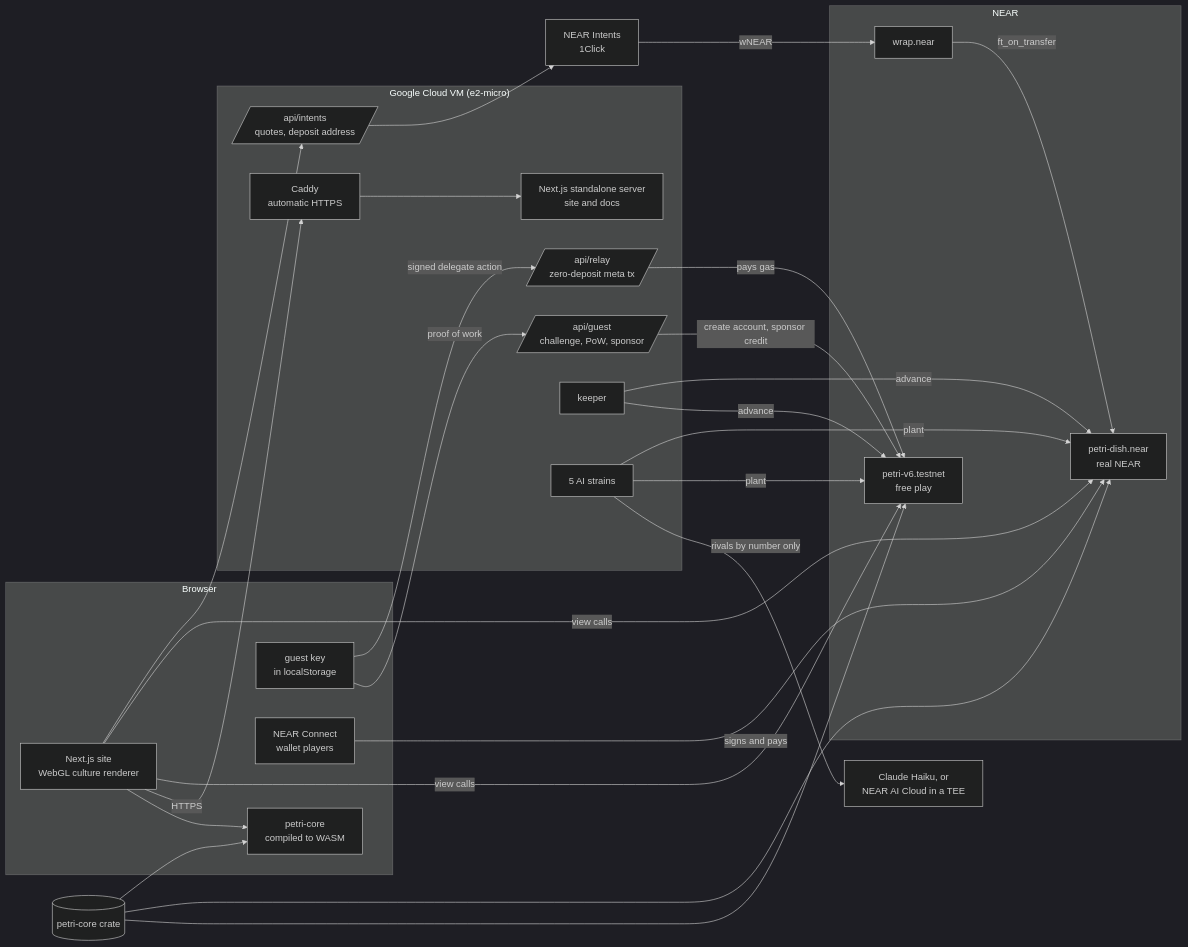
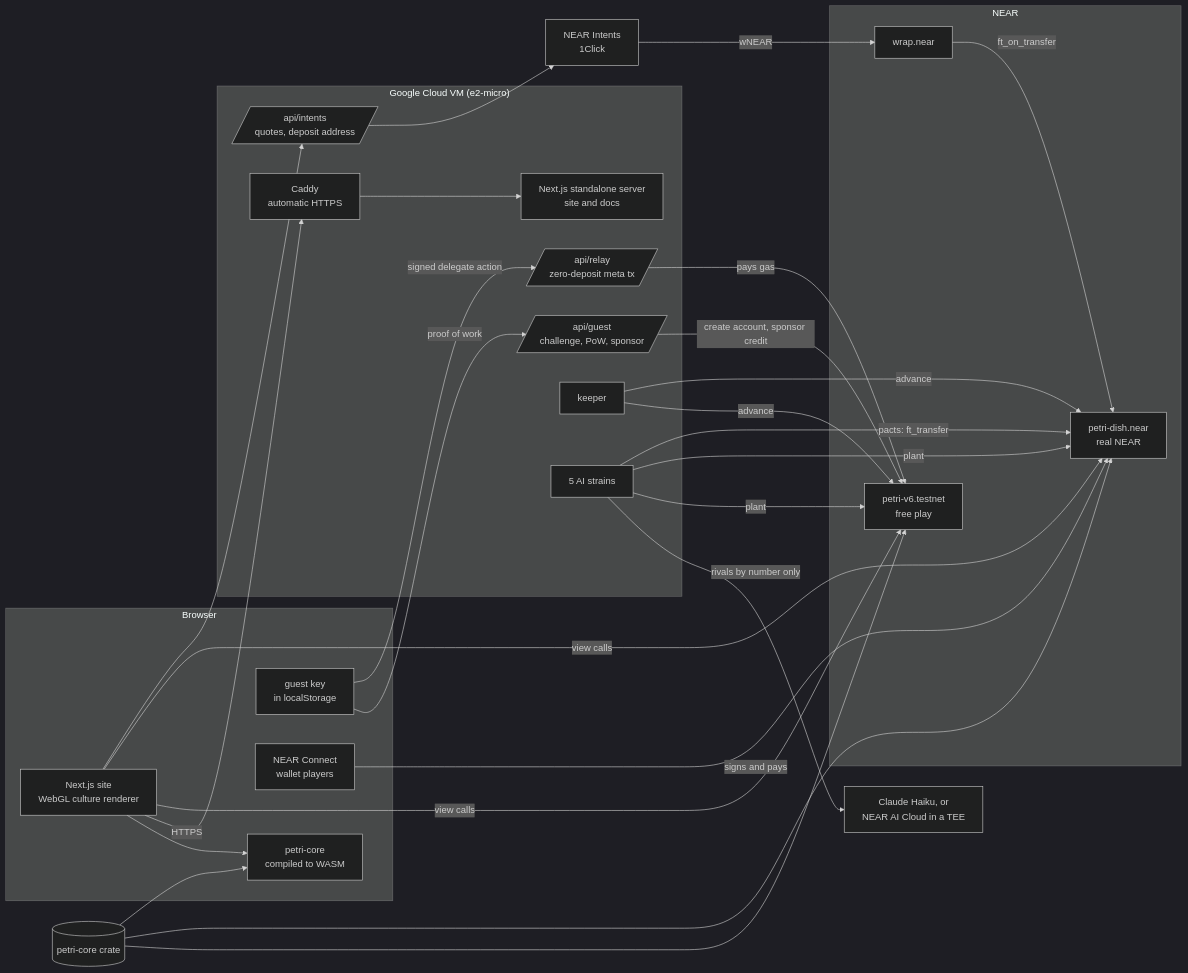
The diagram in README.md (RohanGlitched/petri), drawn with Mermaid (dark theme) before and after one commit. The commit also changed other lines of this file and 38 other files, not shown here.

````diff
--- a/README.md
+++ b/README.md
@@ -195,42 +220,43 @@
 ```mermaid
 flowchart LR
   subgraph Browser
     UI[Next.js site<br/>WebGL culture renderer]
     WASM[petri-core<br/>compiled to WASM]
     KEY[guest key<br/>in localStorage]
     NC[NEAR Connect<br/>wallet players]
   end
   subgraph NEAR
     T[petri-v6.testnet<br/>free play]
     M[petri-dish.near<br/>real NEAR]
     W[wrap.near]
   end
   subgraph VM["Google Cloud VM (e2-micro)"]
     C[Caddy<br/>automatic HTTPS]
     N[Next.js standalone server<br/>site and docs]
     G[/api/guest<br/>challenge, PoW, sponsor/]
     R[/api/relay<br/>zero-deposit meta tx/]
     I[/api/intents<br/>quotes, deposit address/]
     K[keeper]
     S[5 AI strains]
   end
   X[NEAR Intents<br/>1Click]
   AI[Claude Haiku, or<br/>NEAR AI Cloud in a TEE]
   CORE[(petri-core crate)]
   CORE --> T
   CORE --> M
   CORE --> WASM
   UI --> WASM
   UI -- HTTPS --> C --> N
   UI -- view calls --> T
   UI -- view calls --> M
   KEY -- proof of work --> G -- create account, sponsor credit --> T
   KEY -- signed delegate action --> R -- pays gas --> T
   NC -- signs and pays --> M
   UI --> I --> X -- wNEAR --> W -- ft_on_transfer --> M
   K -- advance --> T
   K -- advance --> M
   S -- rivals by number only --> AI
   S -- plant --> T
   S -- plant --> M
+  S -- pacts: ft_transfer --> M
 ```
````
